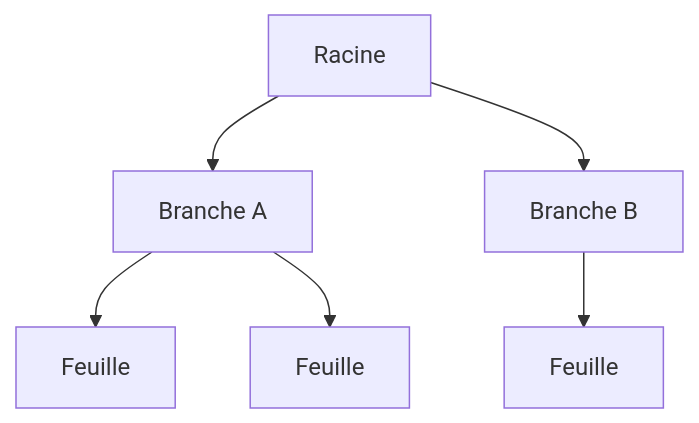
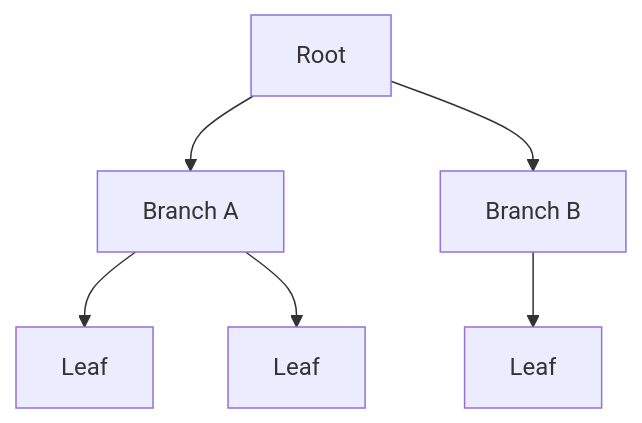
One commit to InnovateIt-ak/docusaurus changed the second of 25 diagrams in docs/mermaid-diagrams.mdx. Above: the diagram before and after it, drawn with Mermaid. The commit also changed other lines of this file, not shown here.

First line of the commit message:
Translate the Mermaid reference page to English

````diff
--- a/docs/mermaid-diagrams.mdx
+++ b/docs/mermaid-diagrams.mdx
@@ -96,8 +94,8 @@
 ```mermaid
 flowchart TD
-    Racine --> A[Branche A]
-    Racine --> B[Branche B]
-    A --> A1[Feuille]
-    A --> A2[Feuille]
-    B --> B1[Feuille]
+    Root --> A[Branch A]
+    Root --> B[Branch B]
+    A --> A1[Leaf]
+    A --> A2[Leaf]
+    B --> B1[Leaf]
 ```
````
